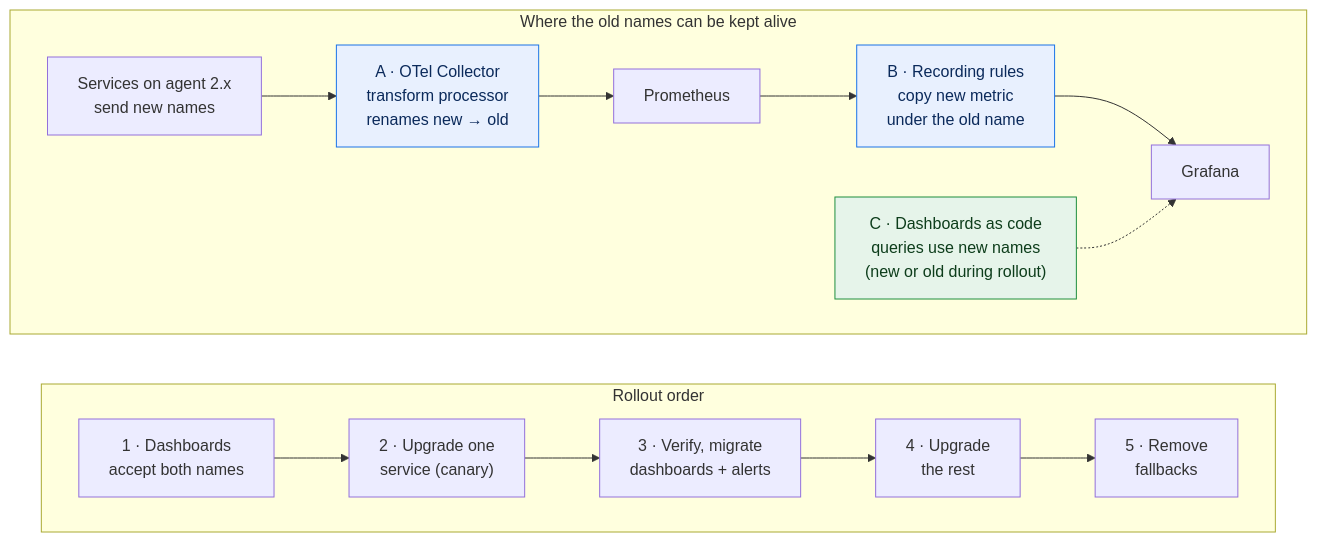
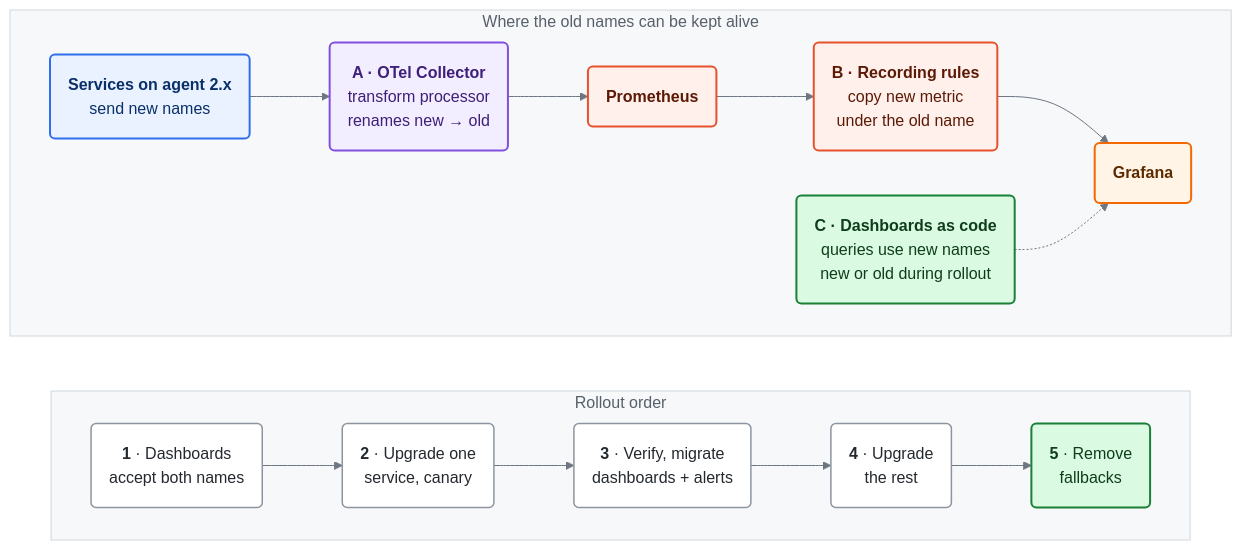
The sixth of 7 diagrams in README.md (imenbkr/demo-otel-jvm-schema-drift), drawn with Mermaid before and after one commit. The commit also changed other lines of this file and 21 other files, not shown here.

Commit message:
Add deploy markers, restyle diagrams, refresh dashboard screenshots

````diff
--- a/README.md
+++ b/README.md
@@ -233,22 +261,29 @@
 ```mermaid
+%%{init: {"theme": "base", "themeVariables": {"fontFamily": "Arial, Helvetica, sans-serif", "fontSize": "16px", "primaryColor": "#ffffff", "primaryBorderColor": "#8c959f", "primaryTextColor": "#1f2328", "lineColor": "#6e7781", "clusterBkg": "#f6f8fa", "clusterBorder": "#d0d7de", "edgeLabelBackground": "#ffffff", "titleColor": "#57606a"}, "flowchart": {"curve": "basis", "nodeSpacing": 45, "rankSpacing": 55, "padding": 18}}}%%
 flowchart TB
   subgraph where["Where the old names can be kept alive"]
     direction LR
-    app["Services on agent 2.x<br/>send new names"]
-    col["A · OTel Collector<br/>transform processor<br/>renames new → old"]:::opt
-    prom["Prometheus"]
-    rec["B · Recording rules<br/>copy new metric<br/>under the old name"]:::opt
-    graf["Grafana"]
-    q["C · Dashboards as code<br/>queries use new names<br/>(new or old during rollout)"]:::best
+    app("<b>Services on agent 2.x</b><br/>send new names"):::jvm
+    col("<b>A · OTel Collector</b><br/>transform processor<br/>renames new → old"):::gate
+    prom("<b>Prometheus</b>"):::prom
+    rec("<b>B · Recording rules</b><br/>copy new metric<br/>under the old name"):::prom
+    graf("<b>Grafana</b>"):::graf
+    q("<b>C · Dashboards as code</b><br/>queries use new names<br/>new or old during rollout"):::ok
     app --> col --> prom --> rec --> graf
     q -.-> graf
   end
   subgraph roll["Rollout order"]
     direction LR
-    r1["1 · Dashboards<br/>accept both names"] --> r2["2 · Upgrade one<br/>service (canary)"] --> r3["3 · Verify, migrate<br/>dashboards + alerts"] --> r4["4 · Upgrade<br/>the rest"] --> r5["5 · Remove<br/>fallbacks"]
+    r1("<b>1</b> · Dashboards<br/>accept both names"):::infra --> r2("<b>2</b> · Upgrade one<br/>service, canary"):::infra --> r3("<b>3</b> · Verify, migrate<br/>dashboards + alerts"):::infra --> r4("<b>4</b> · Upgrade<br/>the rest"):::infra --> r5("<b>5</b> · Remove<br/>fallbacks"):::ok
   end
   where ~~~ roll
 
-  classDef opt fill:#e8f0fe,stroke:#1a73e8,color:#0b2a5b
-  classDef best fill:#e6f4ea,stroke:#1e8e3e,color:#0d3d1b
+  classDef jvm fill:#eaf2ff,stroke:#2f6feb,stroke-width:2px,color:#0a3069
+  classDef prom fill:#fff0eb,stroke:#e6522c,stroke-width:2px,color:#5c1a06
+  classDef graf fill:#fff4e5,stroke:#f46800,stroke-width:2px,color:#5c2a00
+  classDef infra fill:#ffffff,stroke:#8c959f,stroke-width:1.5px,color:#24292f
+  classDef gate fill:#f3eeff,stroke:#8250df,stroke-width:2px,color:#3e1f79
+  classDef ok fill:#dafbe1,stroke:#1a7f37,stroke-width:2px,color:#0f3d1c
+  classDef bad fill:#ffebe9,stroke:#cf222e,stroke-width:2px,color:#6e1a1f
+  classDef warn fill:#fff8c5,stroke:#bf8700,stroke-width:2px,color:#4d2d00
 ```
````
